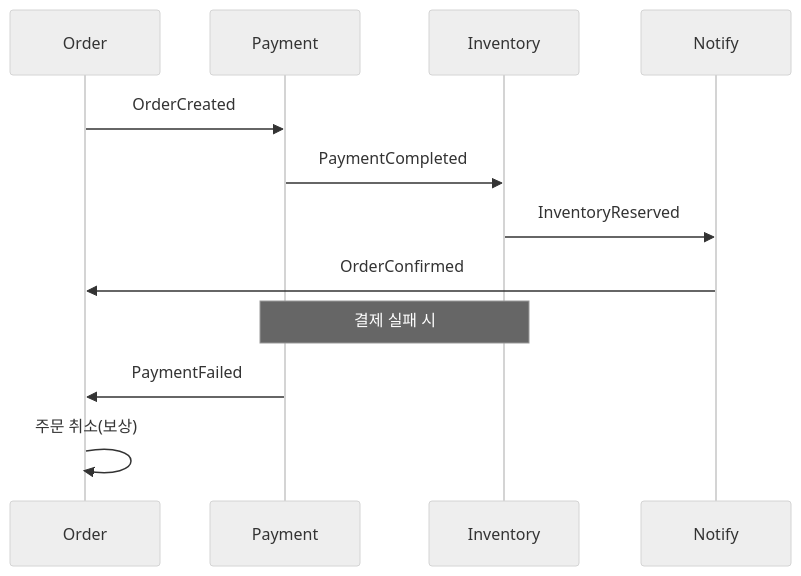
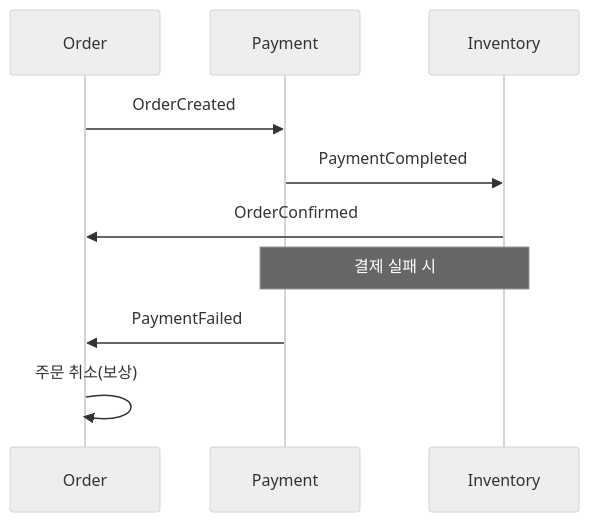
One commit to yjkim2015/yjkim2015.github.io changed the third of 4 diagrams in _posts/architecture/2026-05-01-msa.md. Above: the diagram before and after it, drawn with Mermaid (neutral theme). The commit also changed other lines of this file and 155 other files, not shown here.

First line of the commit message:
Mermaid 전면 수정: subgraph 제거, participant/노드/줄수 축소 (342블록)

````diff
--- a/_posts/architecture/2026-05-01-msa.md
+++ b/_posts/architecture/2026-05-01-msa.md
@@ -190,14 +185,12 @@
 ```mermaid
 sequenceDiagram
     participant OS as Order
     participant PS as Payment
     participant IS as Inventory
-    participant NS as Notify
     OS->>PS: OrderCreated
     PS->>IS: PaymentCompleted
-    IS->>NS: InventoryReserved
-    NS->>OS: OrderConfirmed
+    IS->>OS: OrderConfirmed
     Note over PS,IS: 결제 실패 시
     PS->>OS: PaymentFailed
     OS->>OS: 주문 취소(보상)
 ```
````
